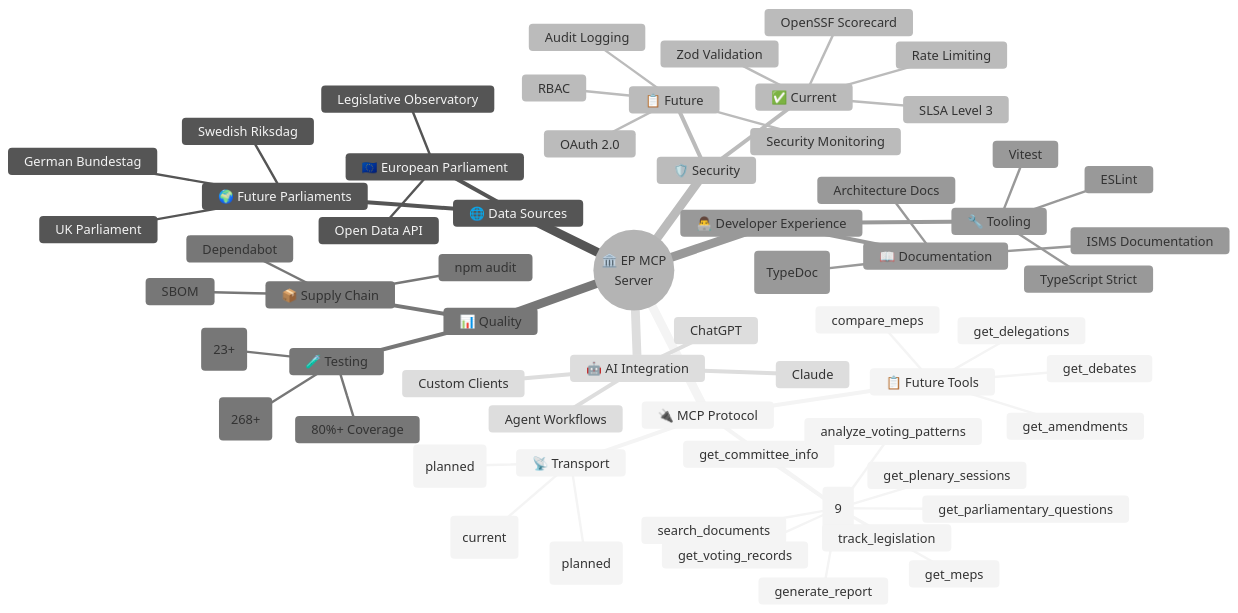
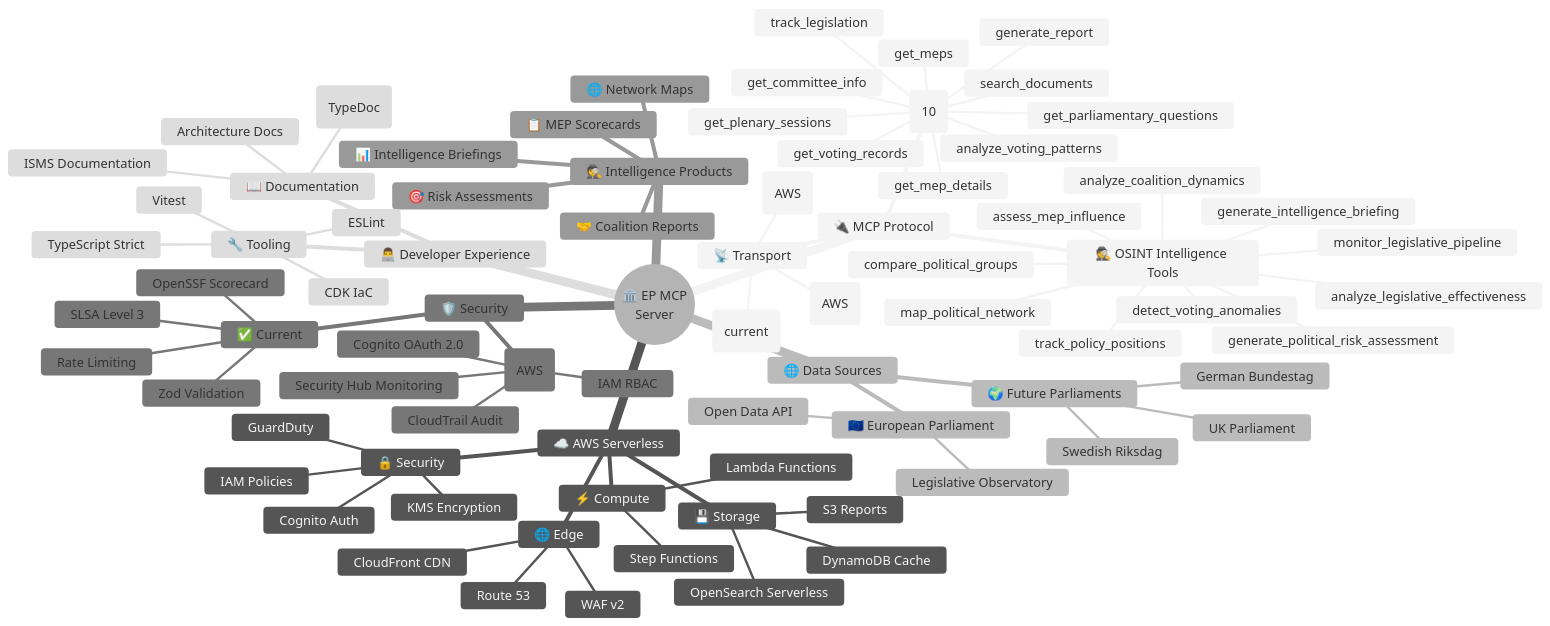
One commit to Hack23/European-Parliament-MCP-Server changed the first of 2 diagrams in FUTURE_MINDMAP.md. Above: the diagram before and after it, drawn with Mermaid (neutral theme). The commit also changed other lines of this file and 6 other files, not shown here.

Commit message:
Update all FUTURE_* docs with serverless AWS-only strategy and CIA OSINT intelligence tools

````diff
--- a/FUTURE_MINDMAP.md
+++ b/FUTURE_MINDMAP.md
@@ -47,8 +47,9 @@
 mindmap
   root((🏛️ EP MCP<br>Server))
     🔌 MCP Protocol
-      🔧 Current Tools (9)
+      🔧 Current Tools (10)
         get_meps
+        get_mep_details
         get_plenary_sessions
         get_voting_records
         search_documents
@@ -57,15 +58,38 @@
         analyze_voting_patterns
         track_legislation
         generate_report
-      📋 Future Tools
-        get_amendments
-        get_debates
-        get_delegations
-        compare_meps
+      🕵️ OSINT Intelligence Tools
+        assess_mep_influence
+        analyze_coalition_dynamics
+        map_political_network
+        detect_voting_anomalies
+        generate_political_risk_assessment
+        track_policy_positions
+        analyze_legislative_effectiveness
+        compare_political_groups
+        generate_intelligence_briefing
+        monitor_legislative_pipeline
       📡 Transport
         stdio (current)
-        HTTP (planned)
-        WebSocket (planned)
+        API Gateway HTTP (AWS)
+        WebSocket (AWS)
+    ☁️ AWS Serverless
+      ⚡ Compute
+        Lambda Functions
+        Step Functions
+      💾 Storage
+        DynamoDB Cache
+        S3 Reports
+        OpenSearch Serverless
+      🌐 Edge
+        CloudFront CDN
+        WAF v2
+        Route 53
+      🔒 Security
+        Cognito Auth
+        IAM Policies
+        KMS Encryption
+        GuardDuty
     🌐 Data Sources
       🇪🇺 European Parliament
         Open Data API
@@ -80,20 +104,17 @@
         Rate Limiting
         SLSA Level 3
         OpenSSF Scorecard
-      📋 Future
-        OAuth 2.0
-        RBAC
-        Audit Logging
-        Security Monitoring
-    📊 Quality
-      🧪 Testing
-        Unit Tests (268+)
-        E2E Tests (23+)
-        80%+ Coverage
-      📦 Supply Chain
-        Dependabot
-        npm audit
-        SBOM
+      📋 Future (AWS)
+        Cognito OAuth 2.0
+        IAM RBAC
+        CloudTrail Audit
+        Security Hub Monitoring
+    🕵️ Intelligence Products
+      📋 MEP Scorecards
+      🤝 Coalition Reports
+      🌐 Network Maps
+      🎯 Risk Assessments
+      📊 Intelligence Briefings
     👨‍💻 Developer Experience
       📖 Documentation
         API Docs (TypeDoc)
@@ -103,9 +124,5 @@
         TypeScript Strict
         ESLint
         Vitest
-    🤖 AI Integration
-      Claude
-      ChatGPT
-      Custom Clients
-      Agent Workflows
+        CDK IaC
 ```
````
